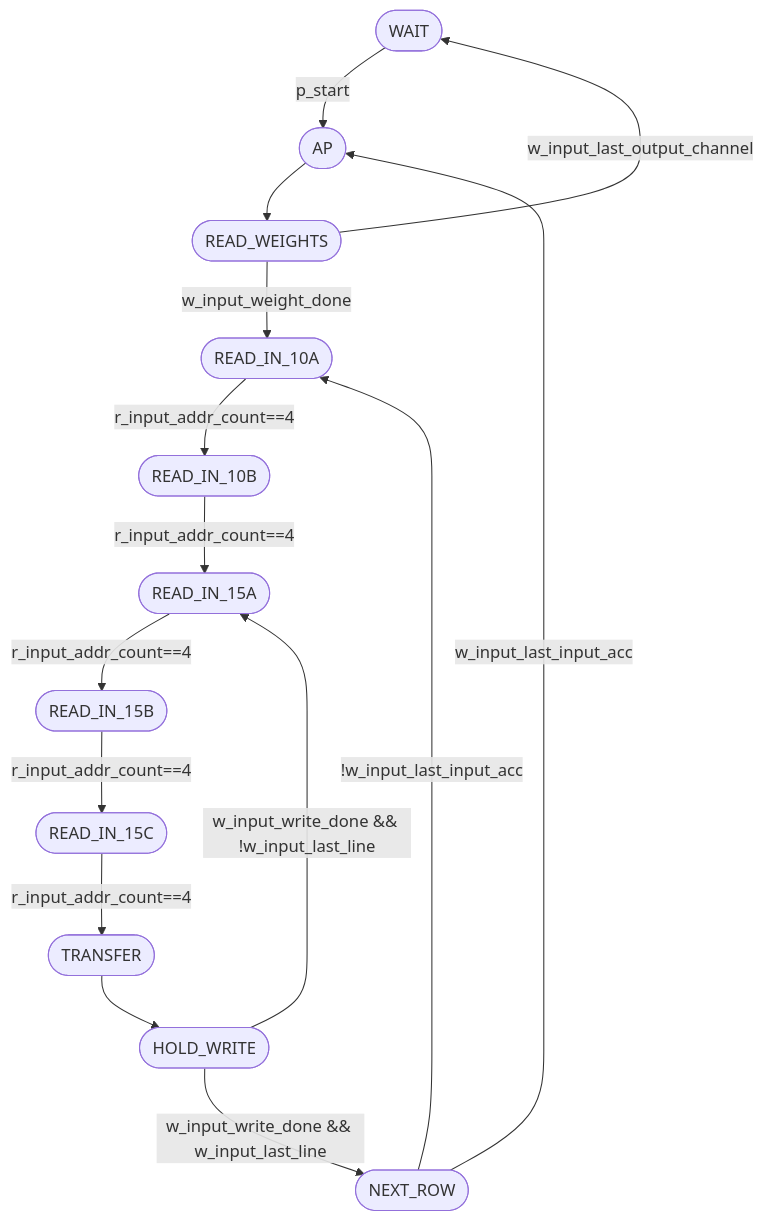
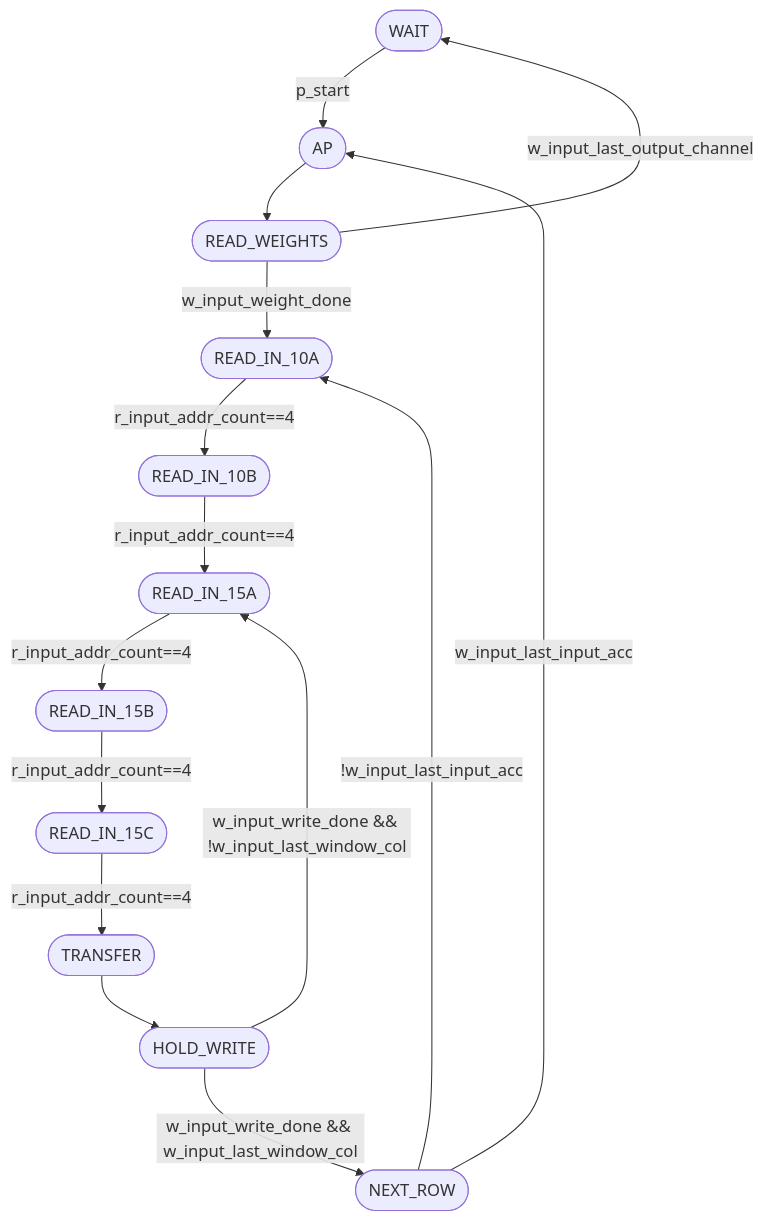
Before and after one commit to tarsioonofrio/FastConv_SystemVerilog: the first of 3 diagrams in rtl/control/README.md, drawn with Mermaid. The commit also changed other lines of this file and 2 other files, not shown here.

Commit message:
Rename input/output address and counter signals
Update control README, RENAMES.md and wave.do to reflect signal and
state renames, adjust flowchart labels and waveform probes. Notable
changes include r_input_window_counter_row ->
r_input_window_counter_col,
r_output_addr_* renames, and splitting w_output_last_* into row/col/acc
variants.

````diff
--- a/rtl/control/README.md
+++ b/rtl/control/README.md
@@ -97,16 +97,16 @@
 ```mermaid
 flowchart TB
     W(["WAIT"]) -->|"p_start"| AP(["AP"]) --> RW(["READ_WEIGHTS"])
     RW -->|"w_input_weight_done"| READ_IN_10A(["READ_IN_10A"])
     RW -->|"w_input_last_output_channel"| W
     READ_IN_10A -->|"r_input_addr_count==4"| READ_IN_10B(["READ_IN_10B"])
     READ_IN_10B -->|"r_input_addr_count==4"| READ_IN_15A(["READ_IN_15A"])
     READ_IN_15A -->|"r_input_addr_count==4"| READ_IN_15B(["READ_IN_15B"])
     READ_IN_15B -->|"r_input_addr_count==4"| READ_IN_15C(["READ_IN_15C"])
     READ_IN_15C -->|"r_input_addr_count==4"| X(["TRANSFER"])
     X --> HW(["HOLD_WRITE"])
-    HW -->|"w_input_write_done && !w_input_last_line"| READ_IN_15A
-    HW -->|"w_input_write_done && w_input_last_line"| NR(["NEXT_ROW"])
+    HW -->|"w_input_write_done && !w_input_last_window_col"| READ_IN_15A
+    HW -->|"w_input_write_done && w_input_last_window_col"| NR(["NEXT_ROW"])
     NR -->|"w_input_last_input_acc"| AP
     NR -->|"!w_input_last_input_acc"| READ_IN_10A
 ```
````
